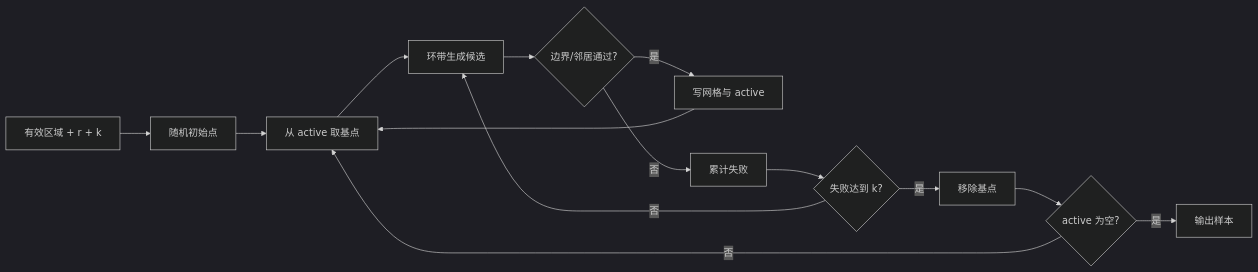
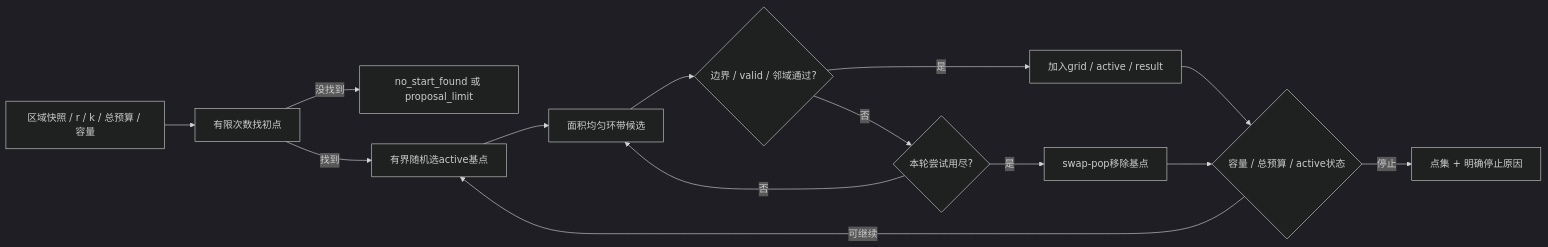
One commit to fantuan812/learning changed the third of 4 diagrams in 知识/02-数学与游戏算法/随机采样与程序化生成/07-概率分布与采样工程.md. Above: the diagram before and after it, drawn with Mermaid (dark theme). The commit also changed other lines of this file and 1 other file, not shown here.

````diff
--- a/知识/02-数学与游戏算法/随机采样与程序化生成/07-概率分布与采样工程.md
+++ b/知识/02-数学与游戏算法/随机采样与程序化生成/07-概率分布与采样工程.md
@@ -257,16 +429,16 @@
 ```mermaid
 flowchart LR
-    A["有效区域 + r + k"] --> B["随机初始点"]
-    B --> C["从 active 取基点"]
-    C --> D["环带生成候选"]
-    D --> E{"边界/邻居通过?"}
-    E -- 是 --> F["写网格与 active"]
-    E -- 否 --> G["累计失败"]
-    F --> C
-    G --> H{"失败达到 k?"}
-    H -- 否 --> D
-    H -- 是 --> I["移除基点"]
-    I --> J{"active 为空?"}
-    J -- 否 --> C
-    J -- 是 --> K["输出样本"]
+    A["区域快照 / r / k / 总预算 / 容量"] --> B["有限次数找初点"]
+    B -- 没找到 --> X["no_start_found 或 proposal_limit"]
+    B -- 找到 --> C["有界随机选active基点"]
+    C --> D["面积均匀环带候选"]
+    D --> E{"边界 / valid / 邻域通过?"}
+    E -- 是 --> F["加入grid / active / result"]
+    E -- 否 --> G{"本轮尝试用尽?"}
+    G -- 否 --> D
+    G -- 是 --> H["swap-pop移除基点"]
+    F --> I{"容量 / 总预算 / active状态"}
+    H --> I
+    I -- 可继续 --> C
+    I -- 停止 --> J["点集 + 明确停止原因"]
 ```
````
